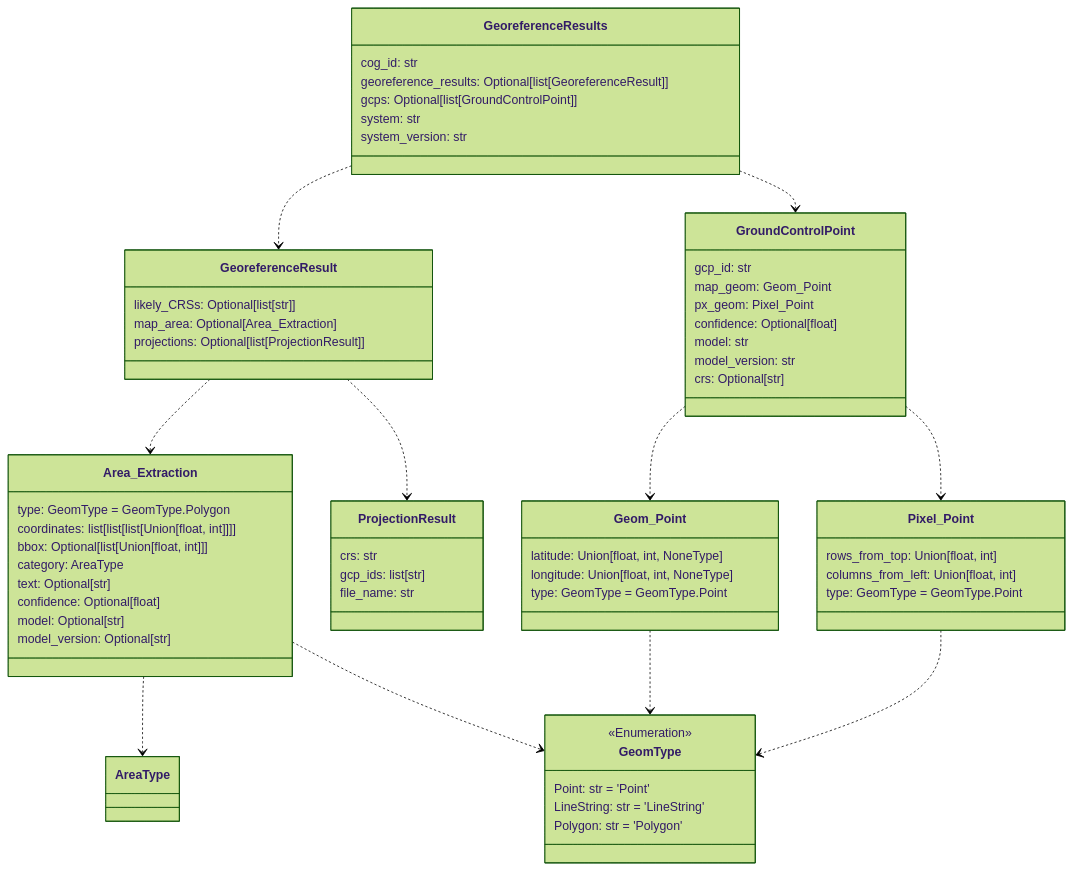
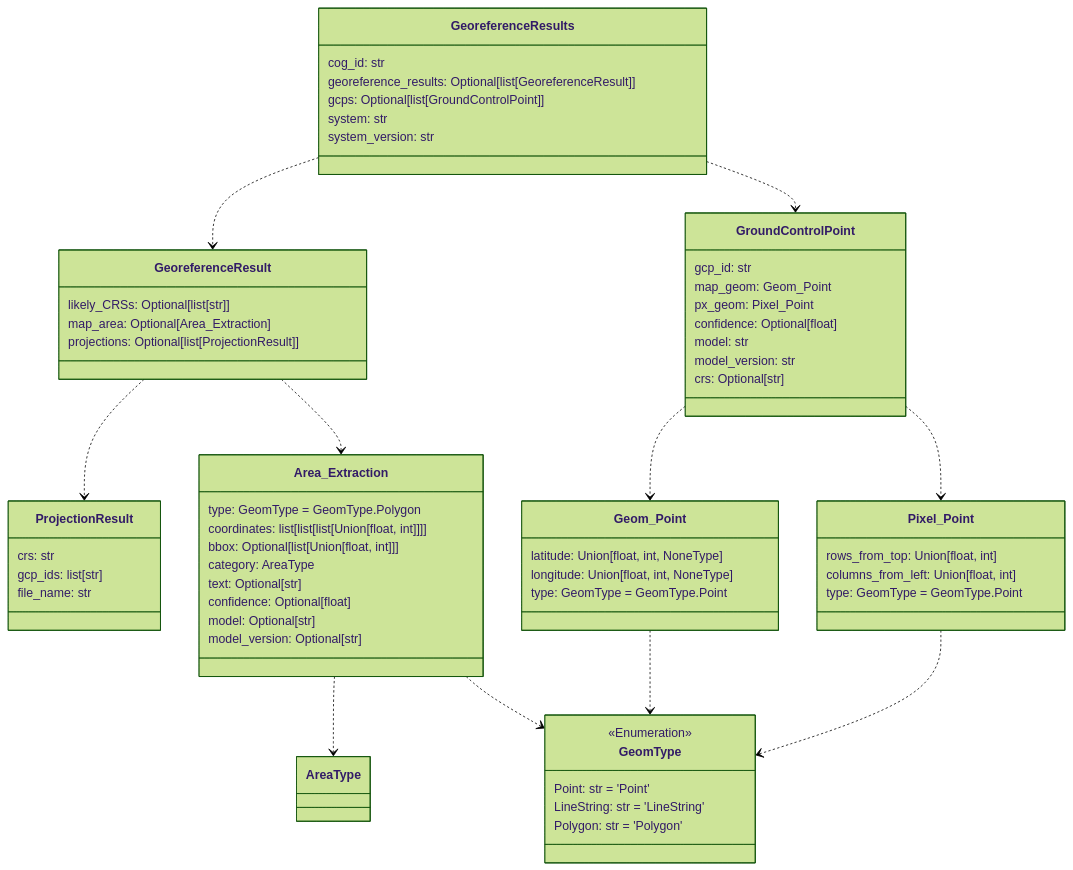
The second of 12 diagrams in README.md (DARPA-CRITICALMAAS/cdr_schemas), drawn with Mermaid (forest theme) before and after one commit. The commit also changed other lines of this file, not shown here.

````diff
--- a/README.md
+++ b/README.md
@@ -113,76 +113,76 @@
 ```mermaid
 classDiagram
-
-    class GeomType {
-        <<Enumeration>>
-        Point: str = 'Point'
-        LineString: str = 'LineString'
-        Polygon: str = 'Polygon'
-    }
 
     class GroundControlPoint {
         gcp_id: str
         map_geom: Geom_Point
         px_geom: Pixel_Point
         confidence: Optional[float]
         model: str
         model_version: str
         crs: Optional[str]
-    }
-
-    class Pixel_Point {
-        rows_from_top: Union[float, int]
-        columns_from_left: Union[float, int]
-        type: GeomType = GeomType.Point
     }
 
     class ProjectionResult {
         crs: str
         gcp_ids: list[str]
         file_name: str
     }
 
     class GeoreferenceResult {
         likely_CRSs: Optional[list[str]]
         map_area: Optional[Area_Extraction]
         projections: Optional[list[ProjectionResult]]
+    }
+
+    class Pixel_Point {
+        rows_from_top: Union[float, int]
+        columns_from_left: Union[float, int]
+        type: GeomType = GeomType.Point
+    }
+
+    class Area_Extraction {
+        type: GeomType = GeomType.Polygon
+        coordinates: list[list[list[Union[float, int]]]]
+        bbox: Optional[list[Union[float, int]]]
+        category: AreaType
+        text: Optional[str]
+        confidence: Optional[float]
+        model: Optional[str]
+        model_version: Optional[str]
     }
 
     class Geom_Point {
         latitude: Union[float, int, NoneType]
         longitude: Union[float, int, NoneType]
         type: GeomType = GeomType.Point
     }
 
     class GeoreferenceResults {
         cog_id: str
         georeference_results: Optional[list[GeoreferenceResult]]
         gcps: Optional[list[GroundControlPoint]]
         system: str
         system_version: str
     }
 
-    class Area_Extraction {
-        type: GeomType = GeomType.Polygon
-        coordinates: list[list[list[Union[float, int]]]]
-        bbox: Optional[list[Union[float, int]]]
-        category: AreaType
-        text: Optional[str]
-        confidence: Optional[float]
-        model: Optional[str]
-        model_version: Optional[str]
+    class GeomType {
+        <<Enumeration>>
+        Point: str = 'Point'
+        LineString: str = 'LineString'
+        Polygon: str = 'Polygon'
     }
 
     Area_Extraction ..> AreaType
     Area_Extraction ..> GeomType
     Geom_Point ..> GeomType
     Pixel_Point ..> GeomType
     GroundControlPoint ..> Geom_Point
     GroundControlPoint ..> Pixel_Point
+    GeoreferenceResult ..> ProjectionResult
     GeoreferenceResult ..> Area_Extraction
-    GeoreferenceResult ..> ProjectionResult
+    GeoreferenceResults ..> GroundControlPoint
     GeoreferenceResults ..> GeoreferenceResult
-    GeoreferenceResults ..> GroundControlPoint
 
 
 ```
````
